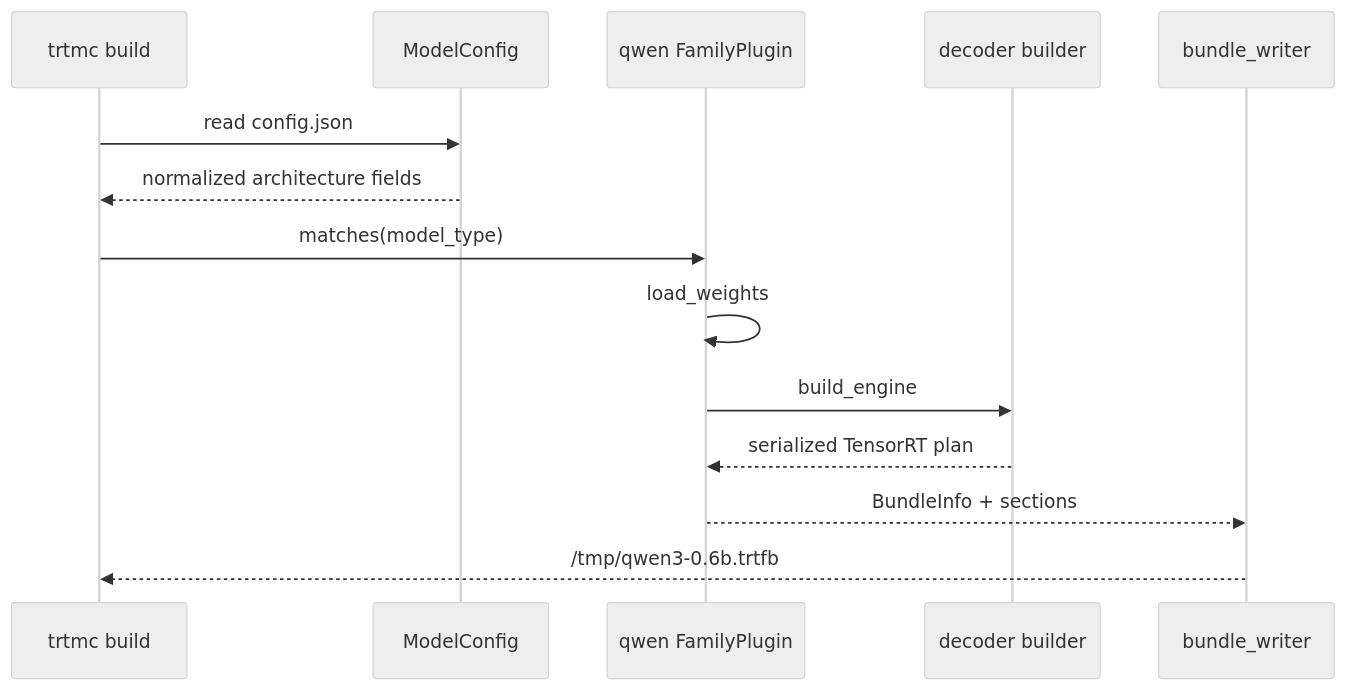
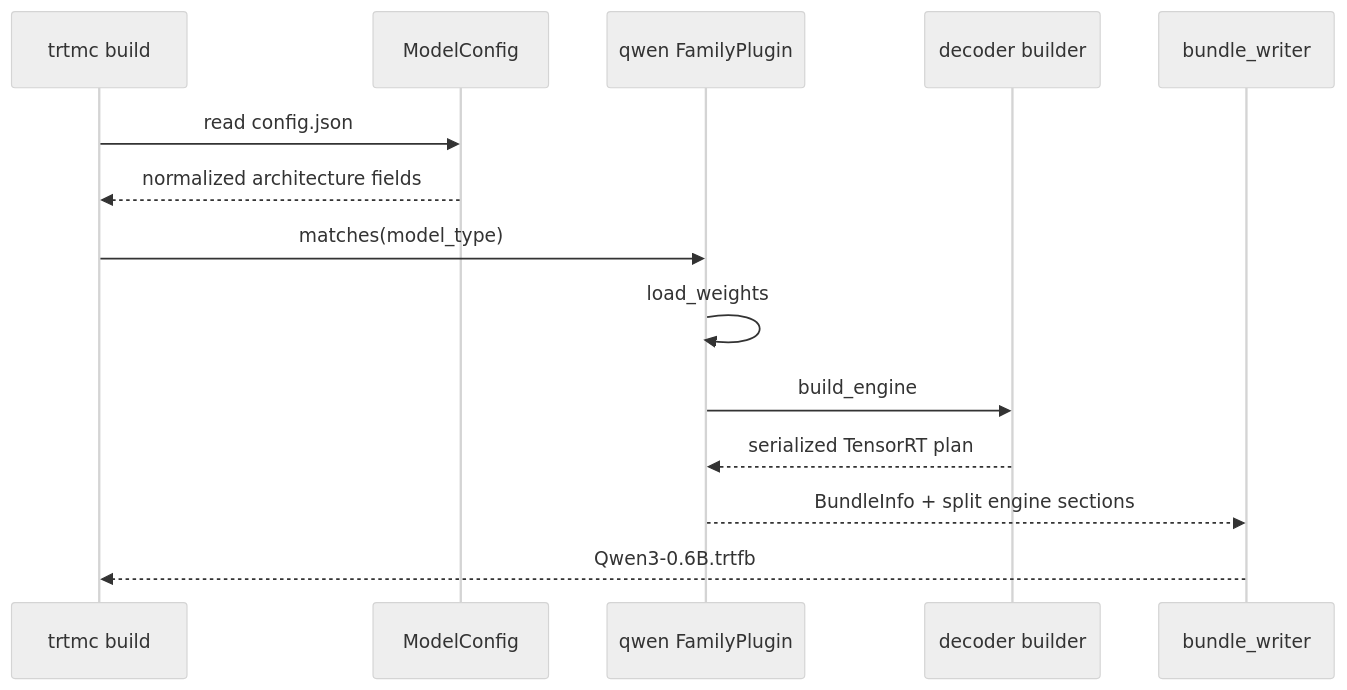
Before and after one commit to AbishekCoder1/TensorRT-Model-Connect: the first of 2 diagrams in website/docs/tutorials/beginner/text-generation.md, drawn with Mermaid (neutral theme). The commit also changed other lines of this file and 83 other files, not shown here.

````diff
--- a/website/docs/tutorials/beginner/text-generation.md
+++ b/website/docs/tutorials/beginner/text-generation.md
@@ -90,17 +88,17 @@
 ```mermaid
 sequenceDiagram
   participant CLI as trtmc build
   participant Config as ModelConfig
   participant Family as qwen FamilyPlugin
   participant Builder as decoder builder
   participant Bundle as bundle_writer
 
   CLI->>Config: read config.json
   Config-->>CLI: normalized architecture fields
   CLI->>Family: matches(model_type)
   Family->>Family: load_weights
   Family->>Builder: build_engine
   Builder-->>Family: serialized TensorRT plan
-  Family-->>Bundle: BundleInfo + sections
-  Bundle-->>CLI: /tmp/qwen3-0.6b.trtfb
+  Family-->>Bundle: BundleInfo + split engine sections
+  Bundle-->>CLI: Qwen3-0.6B.trtfb
 ```
````
